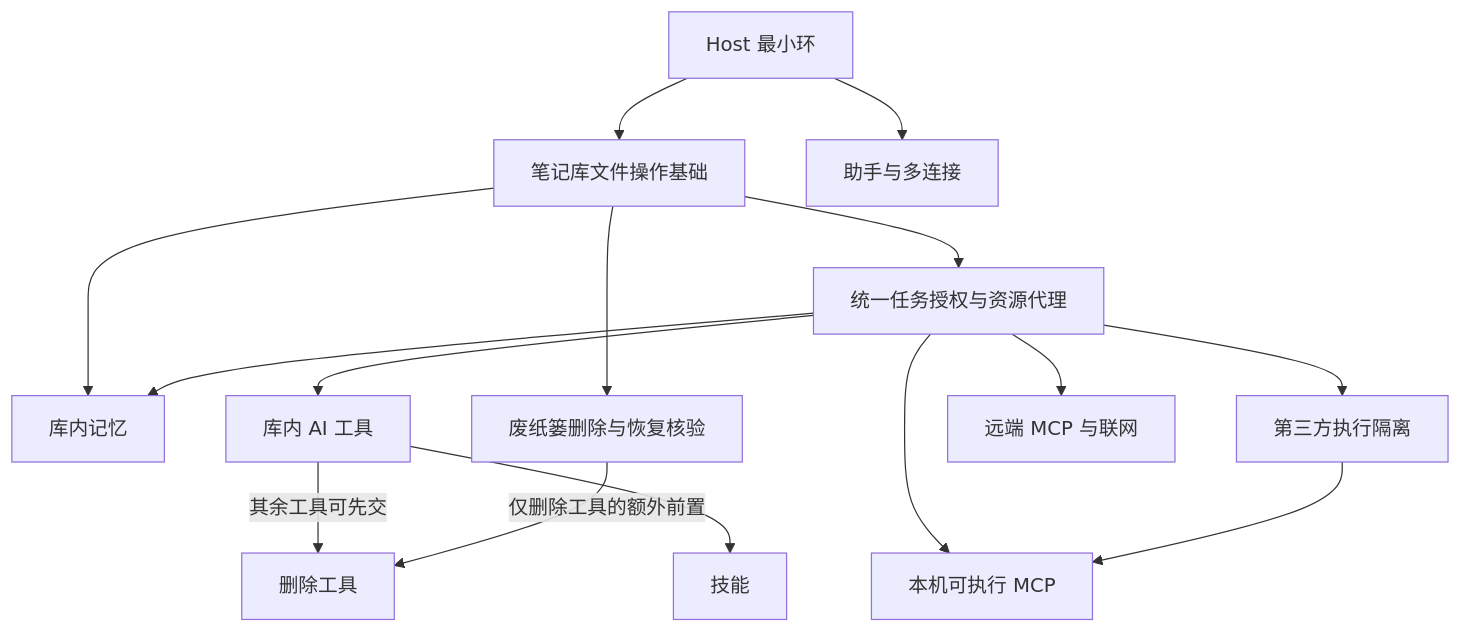
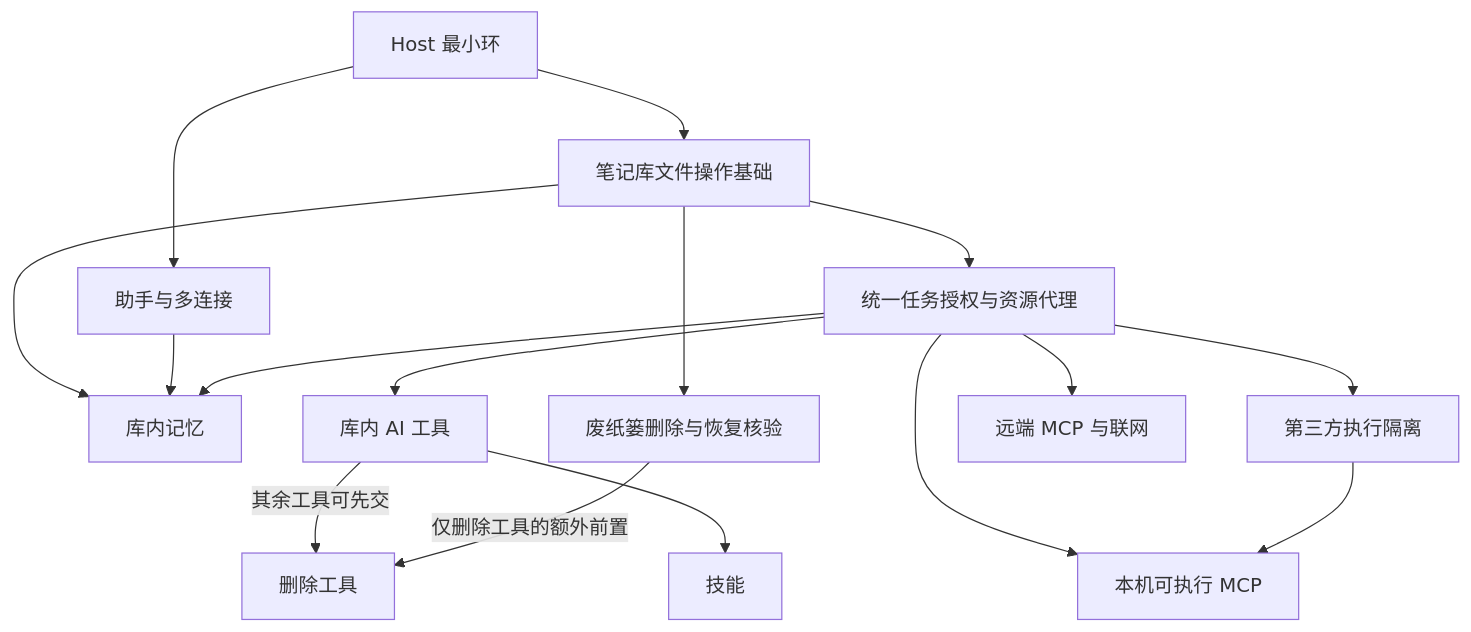
Before and after one commit to skahanium/Rgent: the diagram in docs/build.md, drawn with Mermaid. The commit also changed other lines of this file and 14 other files, not shown here.

````diff
--- a/docs/build.md
+++ b/docs/build.md
@@ -107,17 +107,18 @@
 ```mermaid
 flowchart TD
   Host[Host 最小环] --> Lifecycle[笔记库文件操作基础]
   Host --> Assistant[助手与多连接]
   Lifecycle --> Gate[统一任务授权与资源代理]
   Lifecycle --> Memory[库内记忆]
+  Assistant --> Memory
   Gate --> Memory
   Gate --> Tools[库内 AI 工具]
   Lifecycle --> Trash[废纸篓删除与恢复核验]
   Tools -->|其余工具可先交| Delete[删除工具]
   Trash -->|仅删除工具的额外前置| Delete
   Tools --> Skills[技能]
   Gate --> Isolation[第三方执行隔离]
   Gate --> Remote[远端 MCP 与联网]
   Gate --> Local[本机可执行 MCP]
   Isolation --> Local
 ```
````
